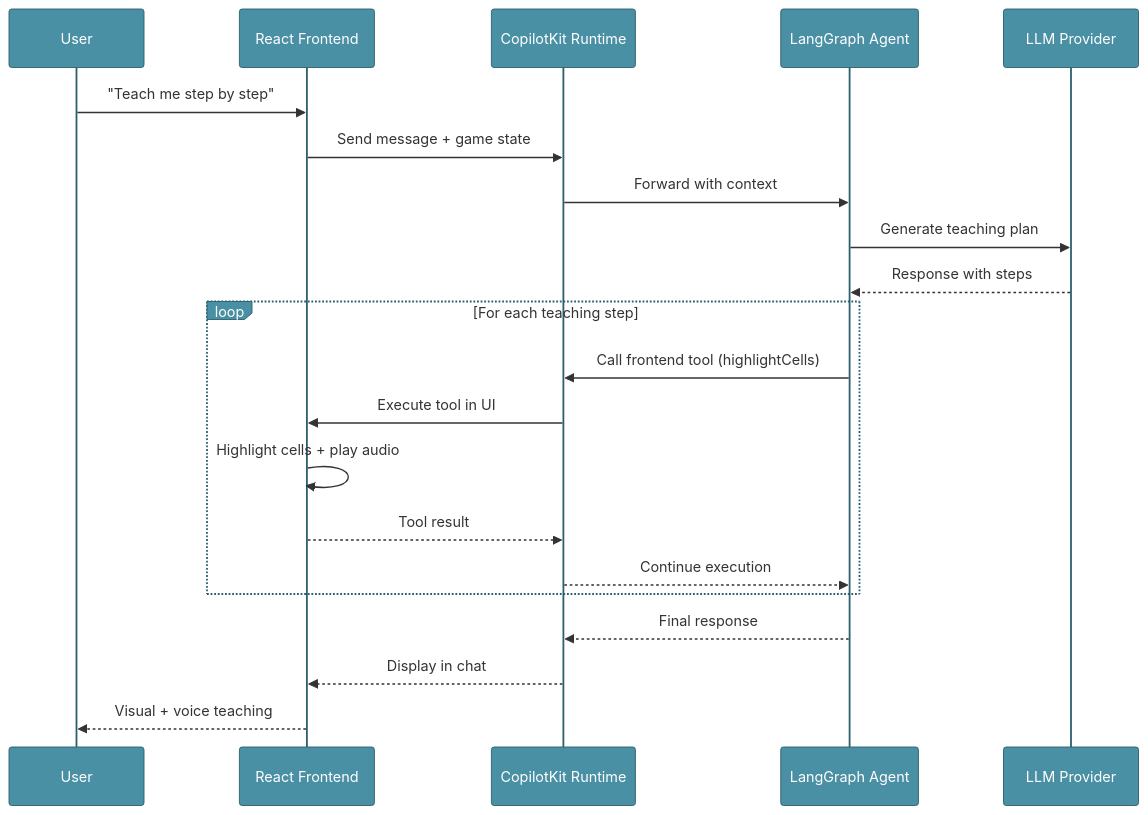
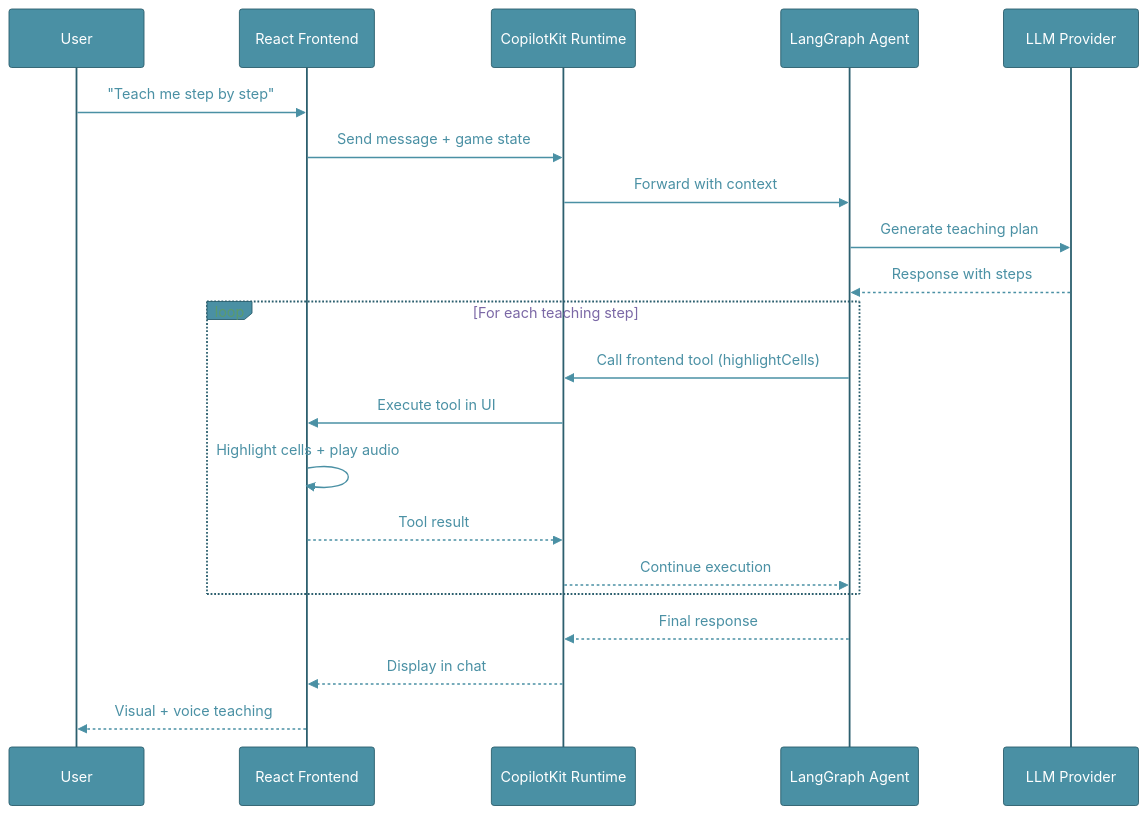
Before and after one commit to nitin27may/learnplay-ai: the second of 4 diagrams in README.md, drawn with Mermaid.

Commit message:
fix: Update AG-UI protocol diagram theme variables for improved clarity

````diff
--- a/README.md
+++ b/README.md
@@ -65,27 +65,27 @@
 ```mermaid
-%%{init: {'theme': 'base', 'themeVariables': { 'actorBkg': '#4A90A4', 'actorTextColor': '#fff', 'actorBorder': '#2C5F6E', 'signalColor': '#333', 'loopTextColor': '#333', 'noteBkgColor': '#F5E6C8'}}}%%
+%%{init: {'theme': 'base', 'themeVariables': { 'actorBkg': '#4A90A4', 'actorTextColor': '#fff', 'actorBorder': '#2C5F6E', 'signalColor': '#4A90A4', 'signalTextColor': '#4A90A4', 'loopTextColor': '#7B68A6', 'labelTextColor': '#5A9A6E', 'noteBkgColor': '#F5E6C8', 'noteTextColor': '#333'}}}%%
 sequenceDiagram
     participant User
     participant React as React Frontend
     participant CopilotKit as CopilotKit Runtime
     participant Agent as LangGraph Agent
     participant LLM as LLM Provider
 
     User->>React: "Teach me step by step"
     React->>CopilotKit: Send message + game state
     CopilotKit->>Agent: Forward with context
     Agent->>LLM: Generate teaching plan
     LLM-->>Agent: Response with steps
     
     loop For each teaching step
         Agent->>CopilotKit: Call frontend tool (highlightCells)
         CopilotKit->>React: Execute tool in UI
         React->>React: Highlight cells + play audio
         React-->>CopilotKit: Tool result
         CopilotKit-->>Agent: Continue execution
     end
     
     Agent-->>CopilotKit: Final response
     CopilotKit-->>React: Display in chat
     React-->>User: Visual + voice teaching
 ```
````
